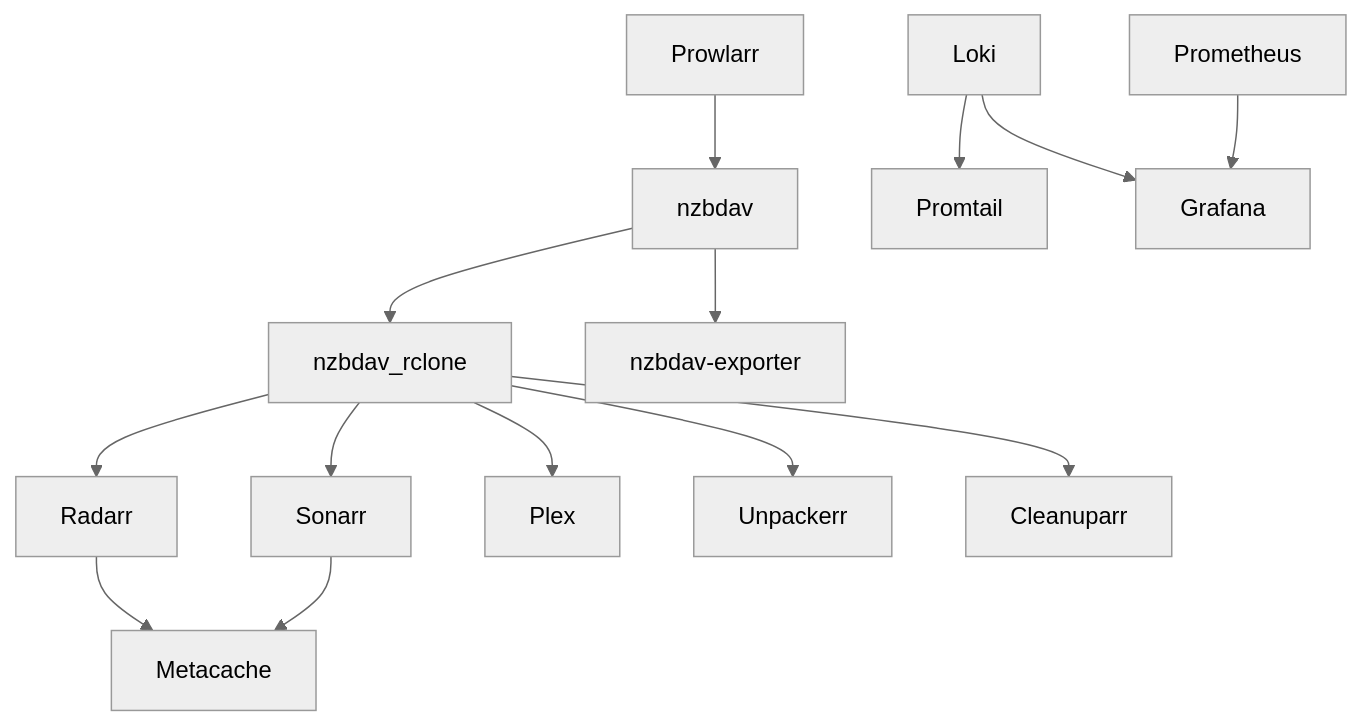
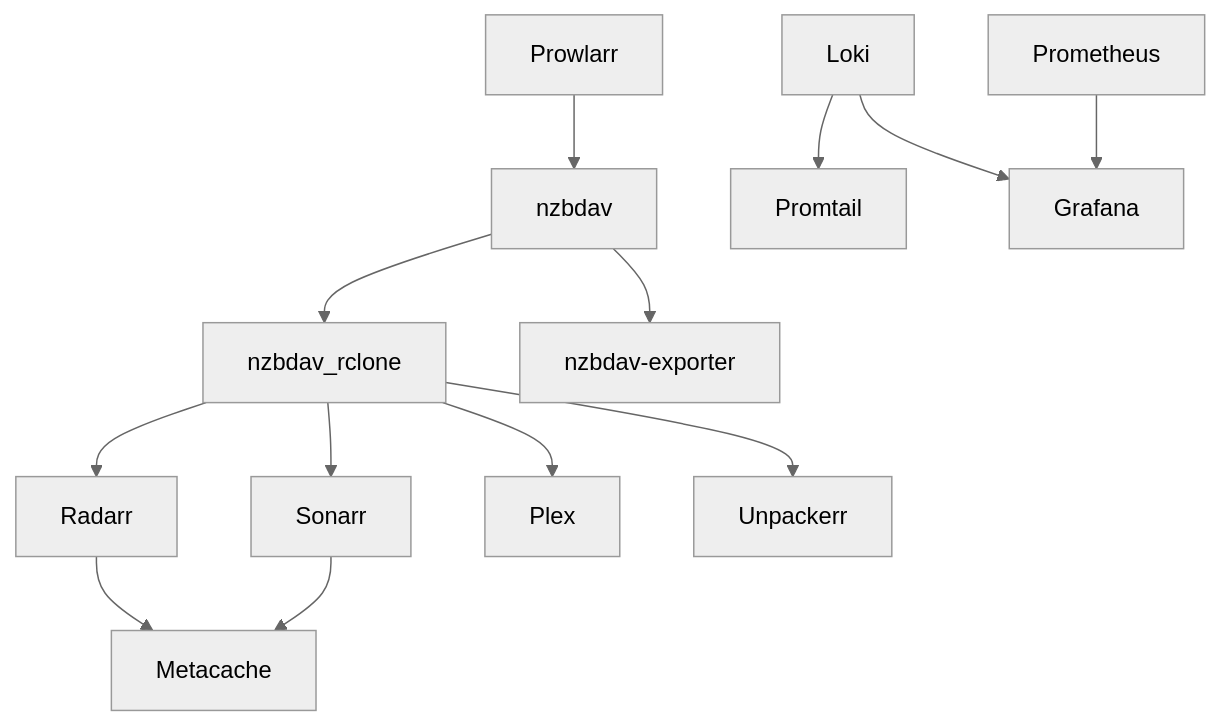
One commit to WhispersOfJ/thebearcave changed the fifth of 7 diagrams in docs/architecture.md. Above: the diagram before and after it, drawn with Mermaid (neutral theme). The commit also changed other lines of this file and 28 other files, not shown here.

````diff
--- a/docs/architecture.md
+++ b/docs/architecture.md
@@ -184,16 +184,15 @@
 ```mermaid
 flowchart TB
     Prow[Prowlarr] --> NZB[nzbdav]
     NZB --> RCL[nzbdav_rclone]
     RCL --> Rad[Radarr]
     RCL --> Son[Sonarr]
     RCL --> Plex[Plex]
     RCL --> Unp[Unpackerr]
-    RCL --> Cln[Cleanuparr]
     Loki[Loki] --> Promtail[Promtail]
     Loki --> Graf[Grafana]
     Prom[Prometheus] --> Graf
     NZB --> NExp[nzbdav-exporter]
     Rad --> Meta[Metacache]
     Son --> Meta
 ```
````
